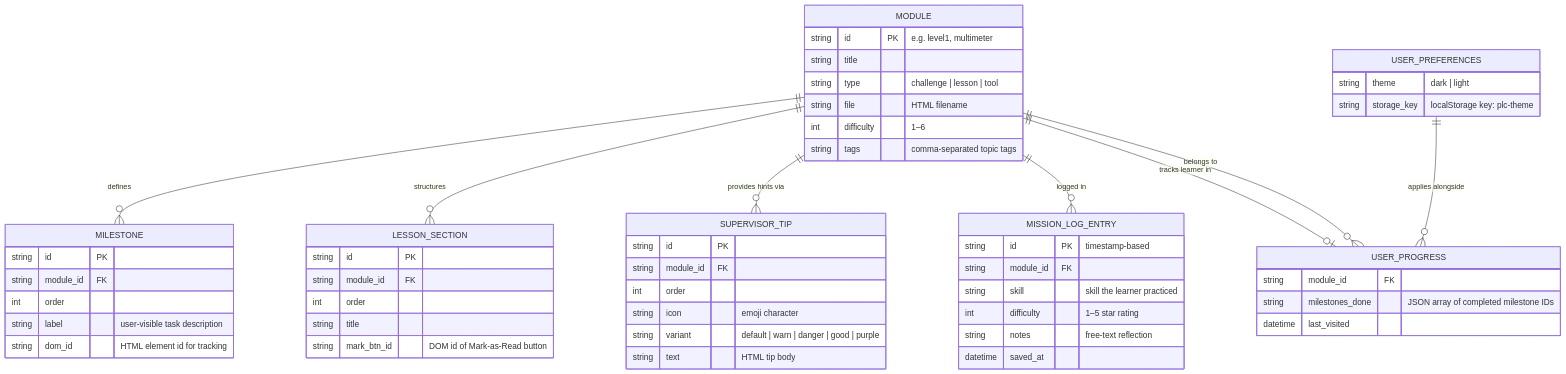
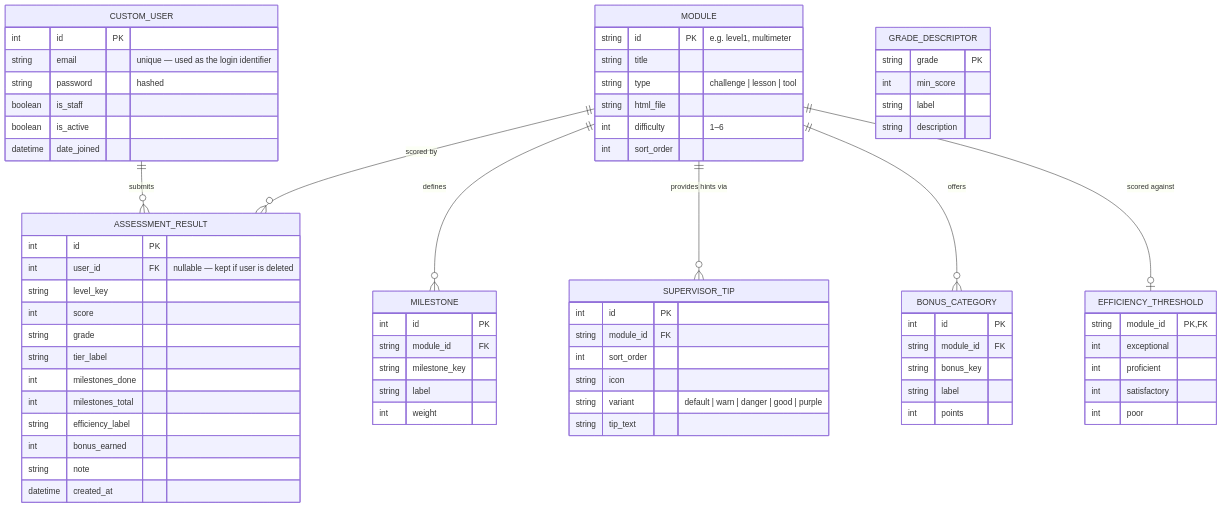
Before and after one commit to QualityLemons/select-pardon-scarf: the diagram in README.md, drawn with Mermaid. The commit also changed other lines of this file, not shown here.

Commit message:
Created: full project docs with Mermaid ERD, mission table, tech stack, WCAG table, OpenPLC comparison

````diff
--- a/README.md
+++ b/README.md
@@ -224,65 +240,83 @@
 ```mermaid
 erDiagram
+
+    CUSTOM_USER {
+        int      id           PK
+        string   email        "unique — used as the login identifier"
+        string   password     "hashed"
+        boolean  is_staff
+        boolean  is_active
+        datetime date_joined
+    }
 
     MODULE {
         string id         PK "e.g. level1, multimeter"
         string title
         string type       "challenge | lesson | tool"
-        string file       "HTML filename"
+        string html_file
         int    difficulty "1–6"
-        string tags       "comma-separated topic tags"
+        int    sort_order
     }
 
     MILESTONE {
-        string id          PK
-        string module_id   FK
-        int    order
-        string label       "user-visible task description"
-        string dom_id      "HTML element id for tracking"
-    }
-
-    LESSON_SECTION {
-        string id           PK
-        string module_id    FK
-        int    order
-        string title
-        string mark_btn_id  "DOM id of Mark-as-Read button"
+        int    id            PK
+        string module_id     FK
+        string milestone_key
+        string label
+        int    weight
     }
 
     SUPERVISOR_TIP {
-        string id          PK
+        int    id          PK
         string module_id   FK
-        int    order
-        string icon        "emoji character"
+        int    sort_order
+        string icon
         string variant     "default | warn | danger | good | purple"
-        string text        "HTML tip body"
+        string tip_text
     }
 
-    MISSION_LOG_ENTRY {
-        string   id          PK "timestamp-based"
-        string   module_id   FK
-        string   skill       "skill the learner practiced"
-        int      difficulty  "1–5 star rating"
-        string   notes       "free-text reflection"
-        datetime saved_at
+    EFFICIENCY_THRESHOLD {
+        string module_id  PK, FK
+        int    exceptional
+        int    proficient
+        int    satisfactory
+        int    poor
     }
 
-    USER_PROGRESS {
-        string   module_id       FK
-        string   milestones_done "JSON array of completed milestone IDs"
-        datetime last_visited
+    BONUS_CATEGORY {
+        int    id         PK
+        string module_id  FK
+        string bonus_key
+        string label
+        int    points
     }
 
-    USER_PREFERENCES {
-        string theme       "dark | light"
-        string storage_key "localStorage key: plc-theme"
+    GRADE_DESCRIPTOR {
+        string grade      PK
+        int    min_score
+        string label
+        string description
     }
 
-    MODULE           ||--o{ MILESTONE          : "defines"
-    MODULE           ||--o{ LESSON_SECTION     : "structures"
-    MODULE           ||--o{ SUPERVISOR_TIP     : "provides hints via"
-    MODULE           ||--o{ MISSION_LOG_ENTRY  : "logged in"
-    MODULE           ||--o| USER_PROGRESS      : "tracks learner in"
-    USER_PROGRESS    }o--|| MODULE             : "belongs to"
-    USER_PREFERENCES ||--o{ USER_PROGRESS      : "applies alongside"
+    ASSESSMENT_RESULT {
+        int      id                PK
+        int      user_id           FK "nullable — kept if user is deleted"
+        string   level_key
+        int      score
+        string   grade
+        string   tier_label
+        int      milestones_done
+        int      milestones_total
+        string   efficiency_label
+        int      bonus_earned
+        string   note
+        datetime created_at
+    }
+
+    CUSTOM_USER      ||--o{ ASSESSMENT_RESULT    : "submits"
+    MODULE           ||--o{ MILESTONE            : "defines"
+    MODULE           ||--o{ SUPERVISOR_TIP       : "provides hints via"
+    MODULE           ||--o{ BONUS_CATEGORY       : "offers"
+    MODULE           ||--o| EFFICIENCY_THRESHOLD : "scored against"
+    MODULE           ||--o{ ASSESSMENT_RESULT    : "scored by"
 ```
````
